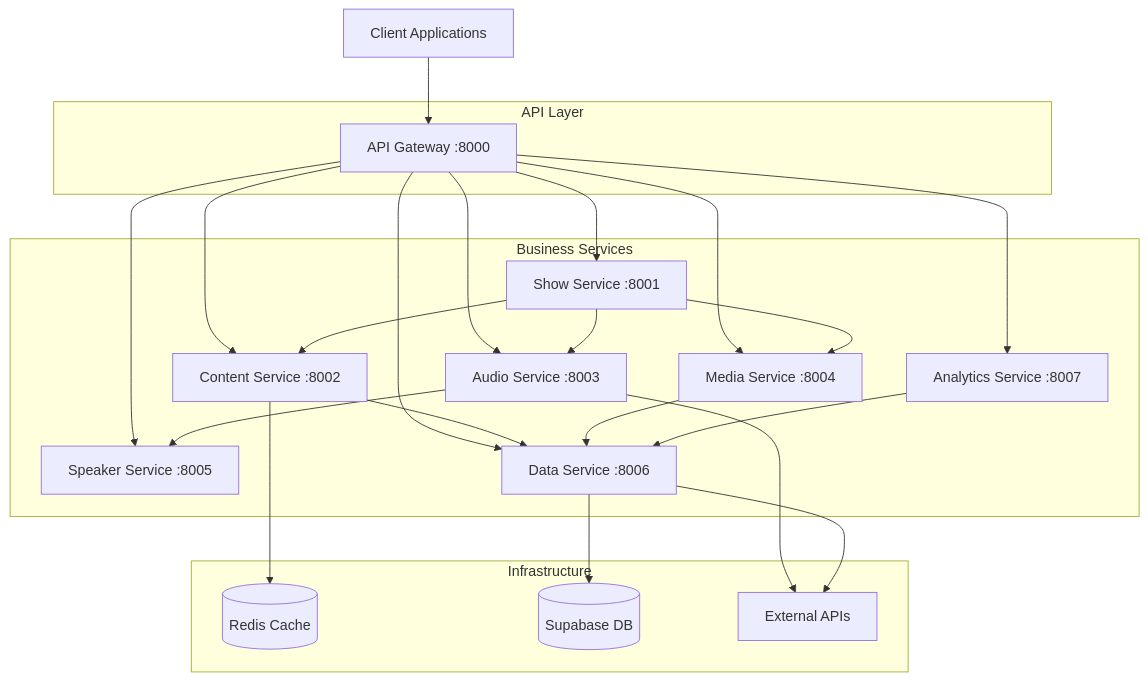
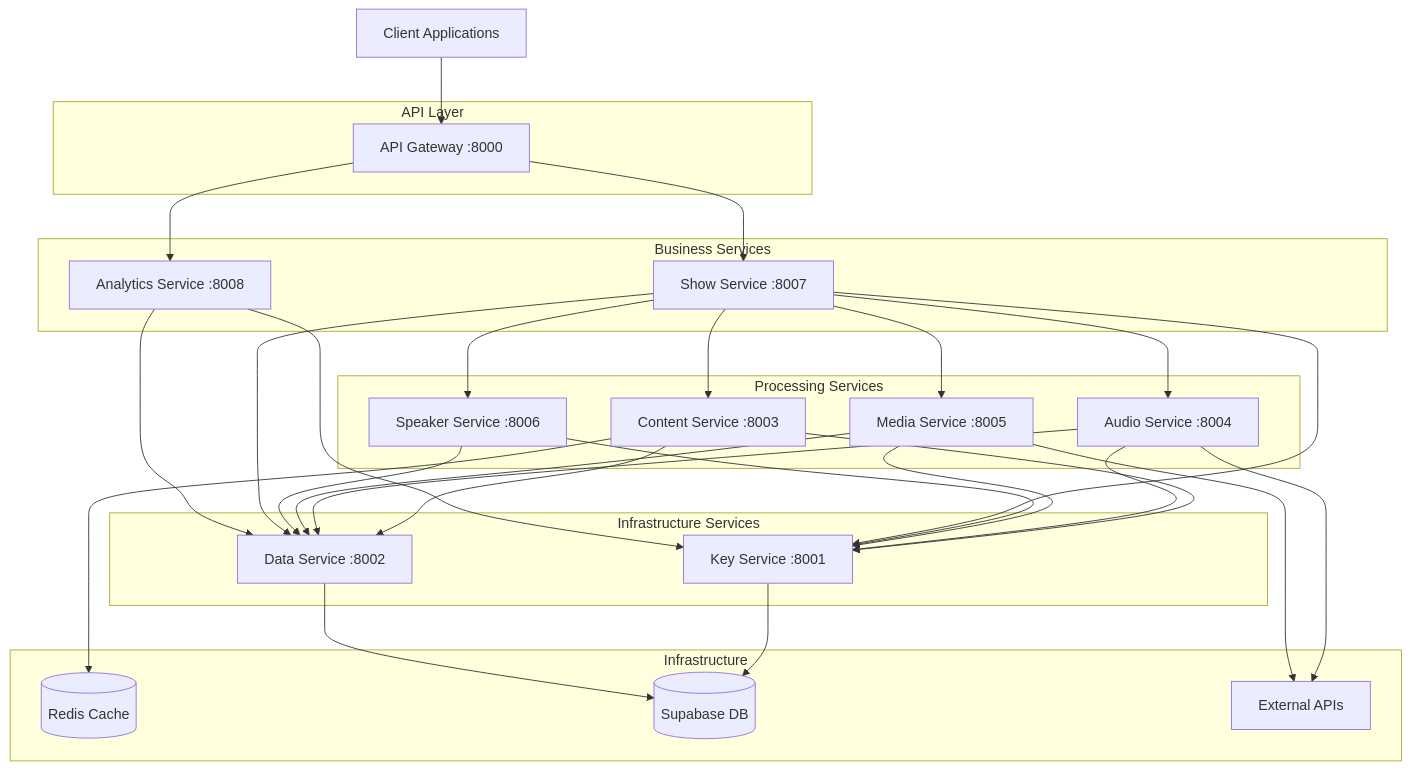
The first of 3 diagrams in docs/developer-guide/architecture.md (muraschal/radiox-backend), drawn with Mermaid before and after one commit. The commit also changed other lines of this file and 87 other files, not shown here.

````diff
--- a/docs/developer-guide/architecture.md
+++ b/docs/developer-guide/architecture.md
@@ -43,46 +43,60 @@
 ```mermaid
 graph TB
     Client[Client Applications]
     
     subgraph "API Layer"
         Gateway[API Gateway :8000]
     end
     
+    subgraph "Infrastructure Services"
+        Key[Key Service :8001]
+        Data[Data Service :8002]
+    end
+    
+    subgraph "Processing Services"
+        Content[Content Service :8003]
+        Audio[Audio Service :8004]
+        Media[Media Service :8005]
+        Speaker[Speaker Service :8006]
+    end
+    
     subgraph "Business Services"
-        Show[Show Service :8001]
-        Content[Content Service :8002]
-        Audio[Audio Service :8003]
-        Media[Media Service :8004]
-        Speaker[Speaker Service :8005]
-        Data[Data Service :8006]
-        Analytics[Analytics Service :8007]
+        Show[Show Service :8007]
+        Analytics[Analytics Service :8008]
     end
     
     subgraph "Infrastructure"
         Redis[(Redis Cache)]
         Supabase[(Supabase DB)]
         External[External APIs]
     end
     
     Client --> Gateway
     Gateway --> Show
-    Gateway --> Content
-    Gateway --> Audio
-    Gateway --> Media
-    Gateway --> Speaker
-    Gateway --> Data
     Gateway --> Analytics
     
     Show --> Content
     Show --> Audio
     Show --> Media
+    Show --> Speaker
+    
+    Content --> Key
+    Audio --> Key
+    Media --> Key
+    Speaker --> Key
+    Show --> Key
+    Analytics --> Key
+    
     Content --> Data
-    Audio --> Speaker
+    Audio --> Data
     Media --> Data
+    Speaker --> Data
+    Show --> Data
     Analytics --> Data
     
+    Key --> Supabase
     Data --> Supabase
     Content --> Redis
     Audio --> External
-    Data --> External
+    Media --> External
 ```
````
